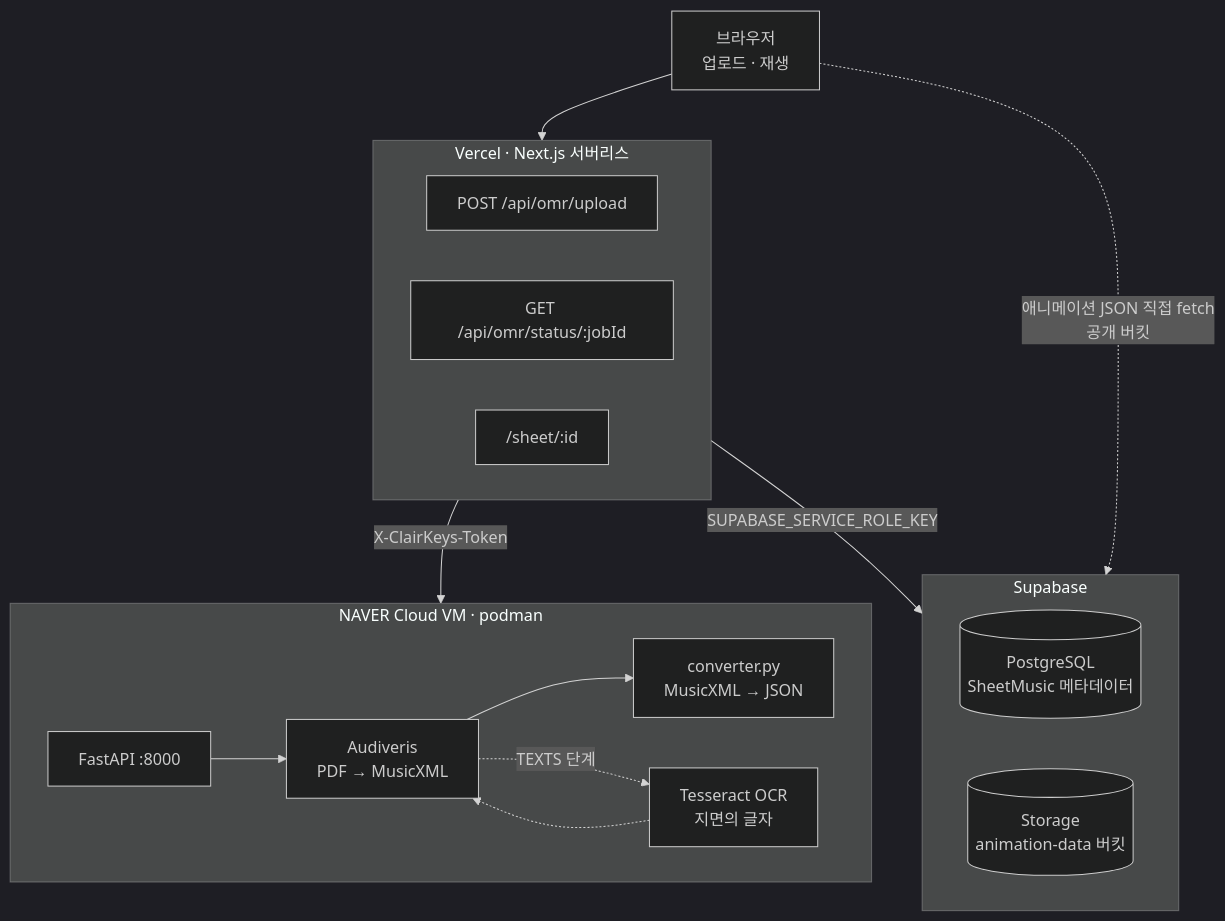
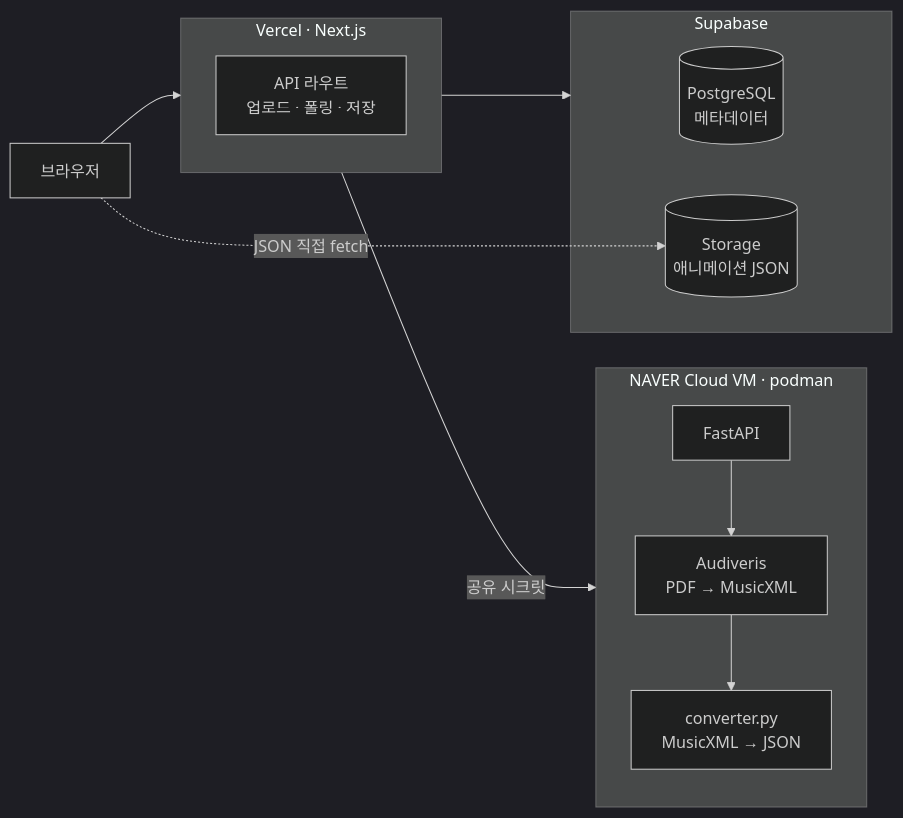
Before and after one commit to landfill/ClairKeys: the diagram in README.md, drawn with Mermaid (dark theme). The commit also changed other lines of this file and 6 other files, not shown here.

````diff
--- a/README.md
+++ b/README.md
@@ -76,29 +28,19 @@
 ```mermaid
-flowchart TB
-  U["브라우저<br/>업로드 · 재생"]
-
-  subgraph V["Vercel · Next.js 서버리스"]
-    direction LR
-    R1["POST /api/omr/upload"]
-    R2["GET /api/omr/status/:jobId"]
-    R3["/sheet/:id"]
+flowchart LR
+  U["브라우저"]
+  subgraph V["Vercel · Next.js"]
+    R["API 라우트<br/>업로드 · 폴링 · 저장"]
   end
-
   subgraph M["NAVER Cloud VM · podman"]
-    direction LR
-    F["FastAPI :8000"] --> A["Audiveris<br/>PDF → MusicXML"] --> C["converter.py<br/>MusicXML → JSON"]
-    A -.->|"TEXTS 단계"| T["Tesseract OCR<br/>지면의 글자"]
-    T -.-> A
+    F["FastAPI"] --> A["Audiveris<br/>PDF → MusicXML"] --> C["converter.py<br/>MusicXML → JSON"]
   end
-
   subgraph S["Supabase"]
-    direction LR
-    DB[("PostgreSQL<br/>SheetMusic 메타데이터")]
-    ST[("Storage<br/>animation-data 버킷")]
+    DB[("PostgreSQL<br/>메타데이터")]
+    ST[("Storage<br/>애니메이션 JSON")]
   end
 
   U --> V
-  V -->|"X-ClairKeys-Token"| M
-  V -->|"SUPABASE_SERVICE_ROLE_KEY"| S
-  U -.->|"애니메이션 JSON 직접 fetch<br/>공개 버킷"| ST
+  V -->|"공유 시크릿"| M
+  V --> S
+  U -.->|"JSON 직접 fetch"| ST
 ```
````
